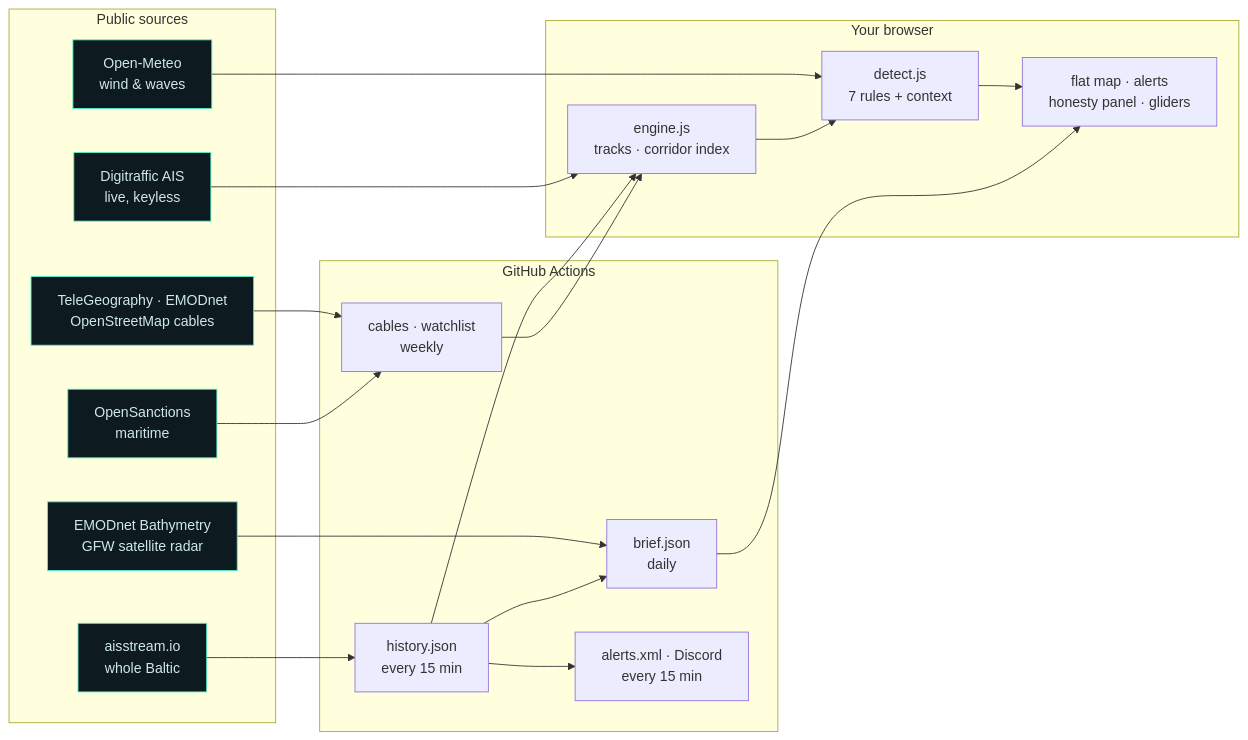
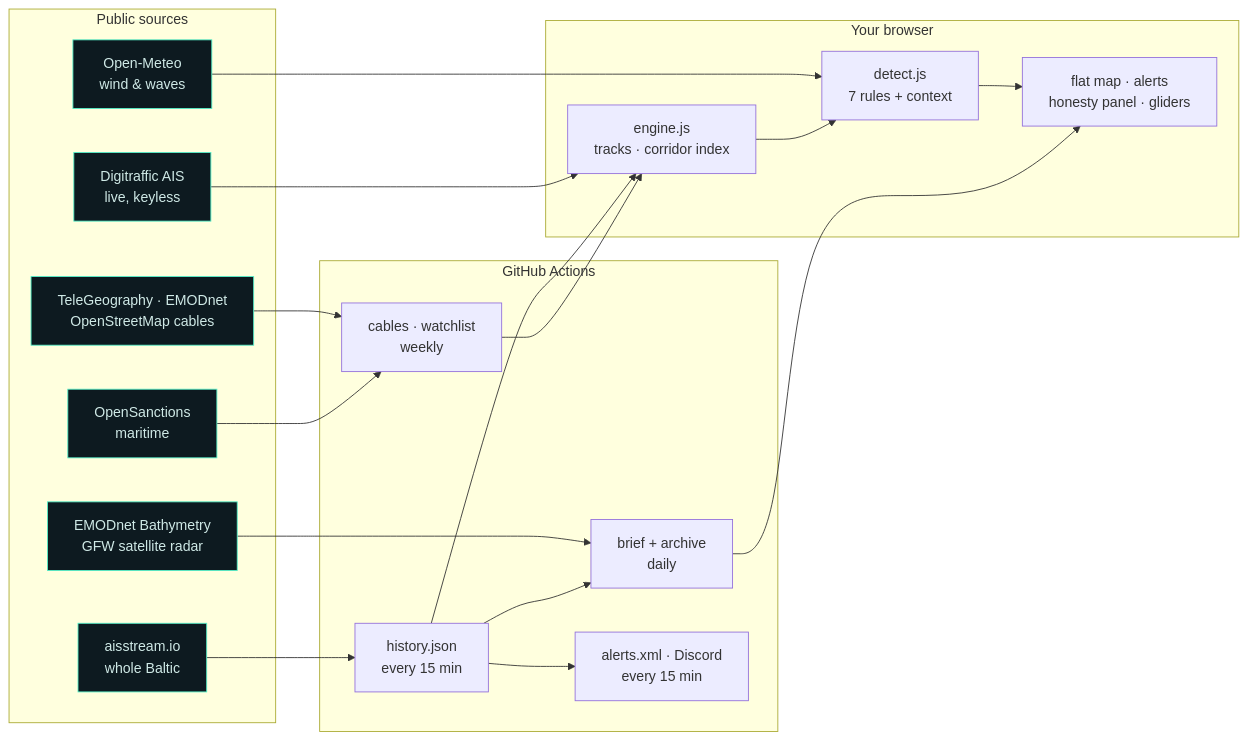
The diagram in README.md (ravjothbrar/baltic-seabed), drawn with Mermaid before and after one commit. The commit also changed other lines of this file, not shown here.

````diff
--- a/README.md
+++ b/README.md
@@ -104,32 +226,32 @@
 ```mermaid
 flowchart LR
   subgraph Sources["Public sources"]
     A[Digitraffic AIS<br/>live, keyless]:::src
     B[aisstream.io<br/>whole Baltic]:::src
     C[TeleGeography · EMODnet<br/>OpenStreetMap cables]:::src
     D[OpenSanctions<br/>maritime]:::src
     E[Open-Meteo<br/>wind & waves]:::src
     F[EMODnet Bathymetry<br/>GFW satellite radar]:::src
   end
   subgraph Actions["GitHub Actions"]
     H[history.json<br/>every 15 min]
-    BR[brief.json<br/>daily]
+    BR[brief + archive<br/>daily]
     AL[alerts.xml · Discord<br/>every 15 min]
     S[cables · watchlist<br/>weekly]
   end
   subgraph Browser["Your browser"]
     EN[engine.js<br/>tracks · corridor index]
     R[detect.js<br/>7 rules + context]
     UI[flat map · alerts<br/>honesty panel · gliders]
   end
   A --> EN
   B --> H --> EN
   C --> S --> EN
   D --> S
   E --> R
   F --> BR
   EN --> R --> UI
   H --> BR --> UI
   H --> AL
   classDef src fill:#0d1a20,stroke:#53f0c9,color:#cfe9e6
 ```
````
